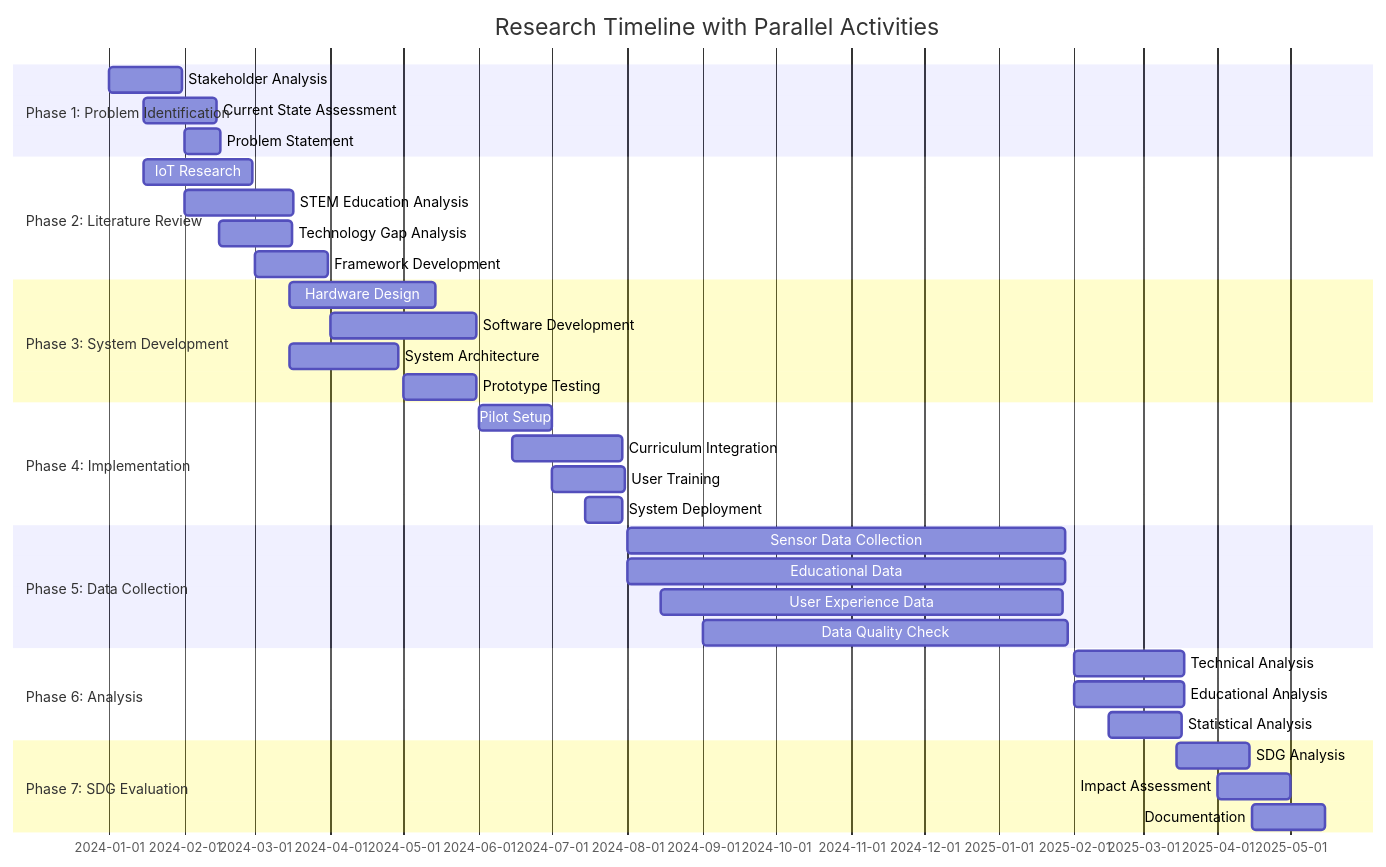
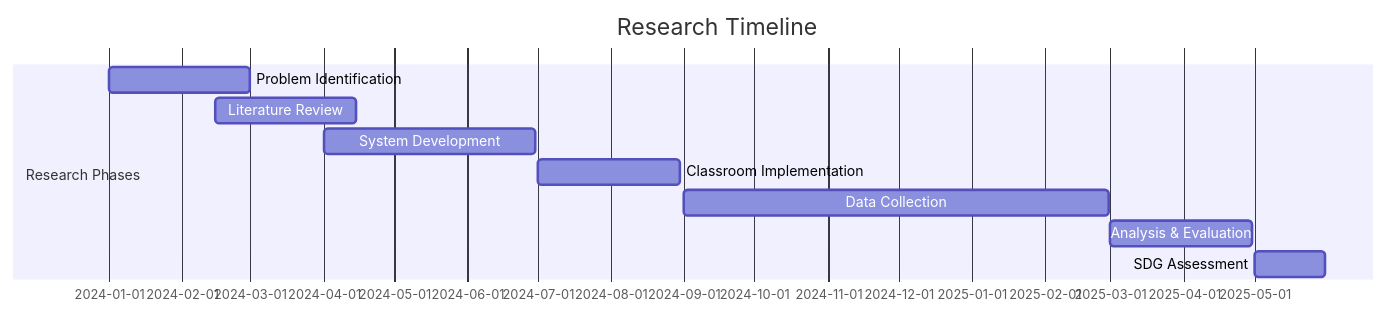
The second of 2 diagrams in README.md (RanggaJS/SmartMovie-Picks-System), drawn with Mermaid before and after one commit. The commit also changed other lines of this file, not shown here.

````diff
--- a/README.md
+++ b/README.md
@@ -117,43 +38,13 @@
 ```mermaid
 gantt
-    title Research Timeline with Parallel Activities
+    title Research Timeline
     dateFormat  YYYY-MM-DD
-    section Phase 1: Problem Identification
-    Stakeholder Analysis    :a1, 2024-01-01, 30d
-    Current State Assessment :a2, 2024-01-15, 30d
-    Problem Statement       :a3, 2024-02-01, 15d
-    
-    section Phase 2: Literature Review
-    IoT Research           :b1, 2024-01-15, 45d
-    STEM Education Analysis :b2, 2024-02-01, 45d
-    Technology Gap Analysis :b3, 2024-02-15, 30d
-    Framework Development   :b4, 2024-03-01, 30d
-    
-    section Phase 3: System Development
-    Hardware Design        :c1, 2024-03-15, 60d
-    Software Development   :c2, 2024-04-01, 60d
-    System Architecture    :c3, 2024-03-15, 45d
-    Prototype Testing      :c4, 2024-05-01, 30d
-    
-    section Phase 4: Implementation
-    Pilot Setup           :d1, 2024-06-01, 30d
-    Curriculum Integration :d2, 2024-06-15, 45d
-    User Training         :d3, 2024-07-01, 30d
-    System Deployment     :d4, 2024-07-15, 15d
-    
-    section Phase 5: Data Collection
-    Sensor Data Collection :e1, 2024-08-01, 180d
-    Educational Data       :e2, 2024-08-01, 180d
-    User Experience Data   :e3, 2024-08-15, 165d
-    Data Quality Check     :e4, 2024-09-01, 150d
-    
-    section Phase 6: Analysis
-    Technical Analysis     :f1, 2025-02-01, 45d
-    Educational Analysis   :f2, 2025-02-01, 45d
-    Statistical Analysis   :f3, 2025-02-15, 30d
-    
-    section Phase 7: SDG Evaluation
-    SDG Analysis          :g1, 2025-03-15, 30d
-    Impact Assessment     :g2, 2025-04-01, 30d
-    Documentation         :g3, 2025-04-15, 30d
+    section Research Phases
+    Problem Identification    :2024-01-01, 60d
+    Literature Review        :2024-02-15, 60d
+    System Development       :2024-04-01, 90d
+    Classroom Implementation :2024-07-01, 60d
+    Data Collection         :2024-09-01, 180d
+    Analysis & Evaluation   :2025-03-01, 60d
+    SDG Assessment          :2025-05-01, 30d
 ```
````
